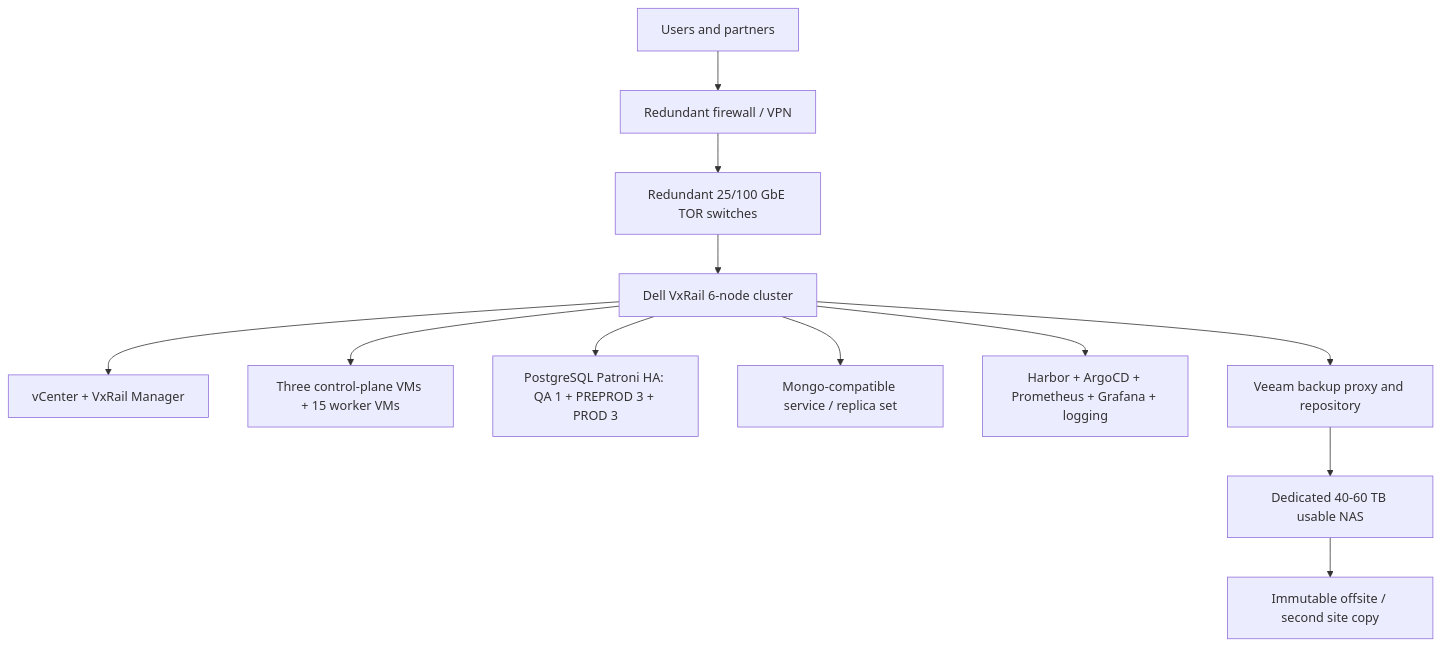
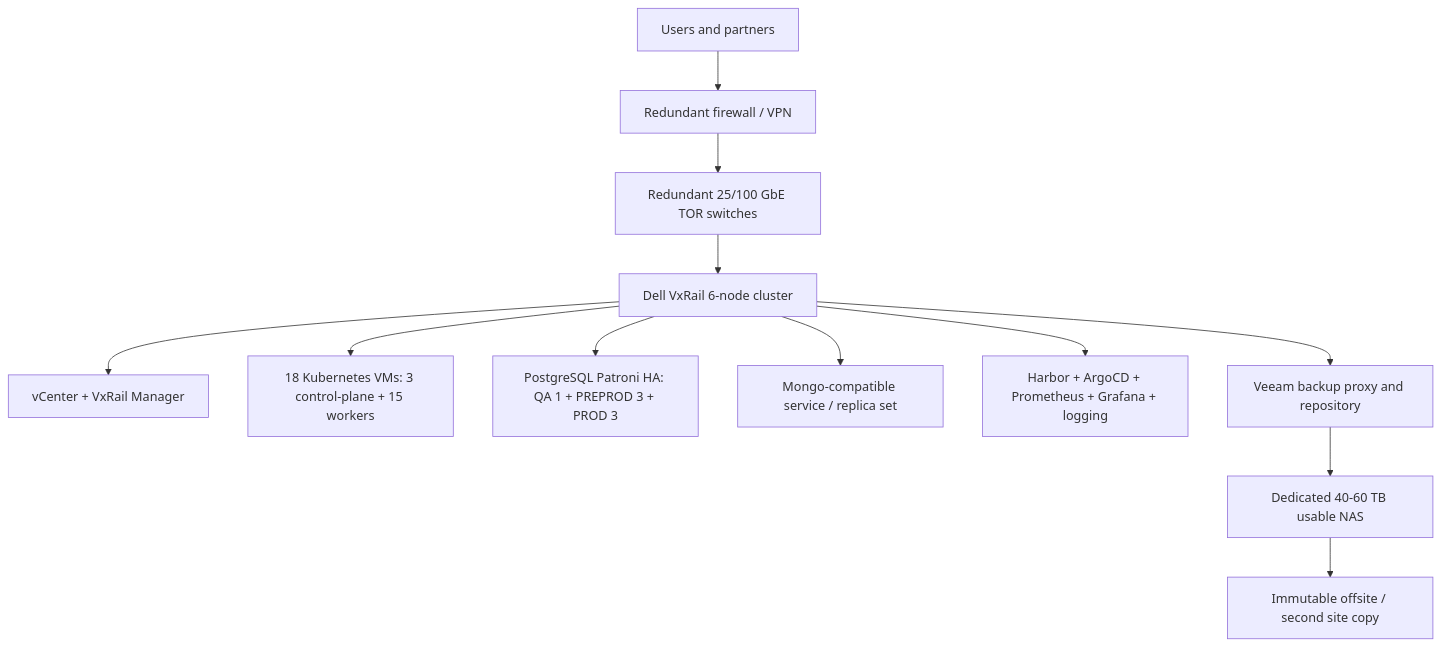
The diagram in docs/Azure-VxRail-VMware-Migration/21-OnPrem-VxRail-TCO-2026.md (Shasi19/Azure-VxRail-VMware-Migration), drawn with Mermaid before and after one commit. The commit also changed other lines of this file and 3 other files, not shown here.

````diff
--- a/docs/Azure-VxRail-VMware-Migration/21-OnPrem-VxRail-TCO-2026.md
+++ b/docs/Azure-VxRail-VMware-Migration/21-OnPrem-VxRail-TCO-2026.md
@@ -21,14 +23,14 @@
 ```mermaid
 flowchart TB
     Users[Users and partners] --> FW[Redundant firewall / VPN]
     FW --> TOR[Redundant 25/100 GbE TOR switches]
     TOR --> VX[Dell VxRail 6-node cluster]
     VX --> VC[vCenter + VxRail Manager]
-    VX --> K8S[Three control-plane VMs + 15 worker VMs]
+    VX --> K8S[18 Kubernetes VMs: 3 control-plane + 15 workers]
     VX --> DB[PostgreSQL Patroni HA: QA 1 + PREPROD 3 + PROD 3]
     VX --> NOSQL[Mongo-compatible service / replica set]
     VX --> OPS[Harbor + ArgoCD + Prometheus + Grafana + logging]
     VX --> VEEAM[Veeam backup proxy and repository]
     VEEAM --> NAS[Dedicated 40-60 TB usable NAS]
     NAS --> OFFSITE[Immutable offsite / second site copy]
 ```
````
